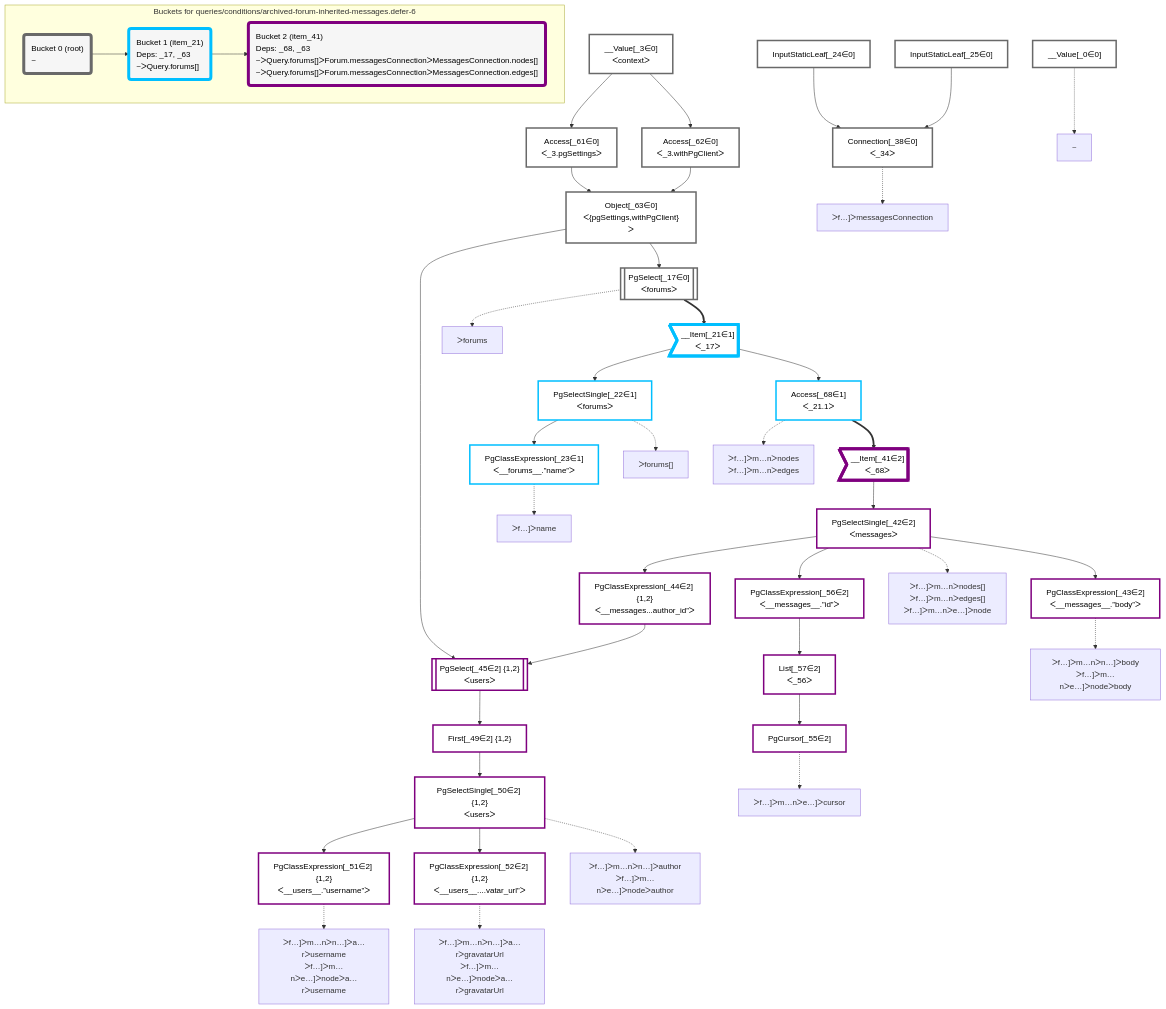
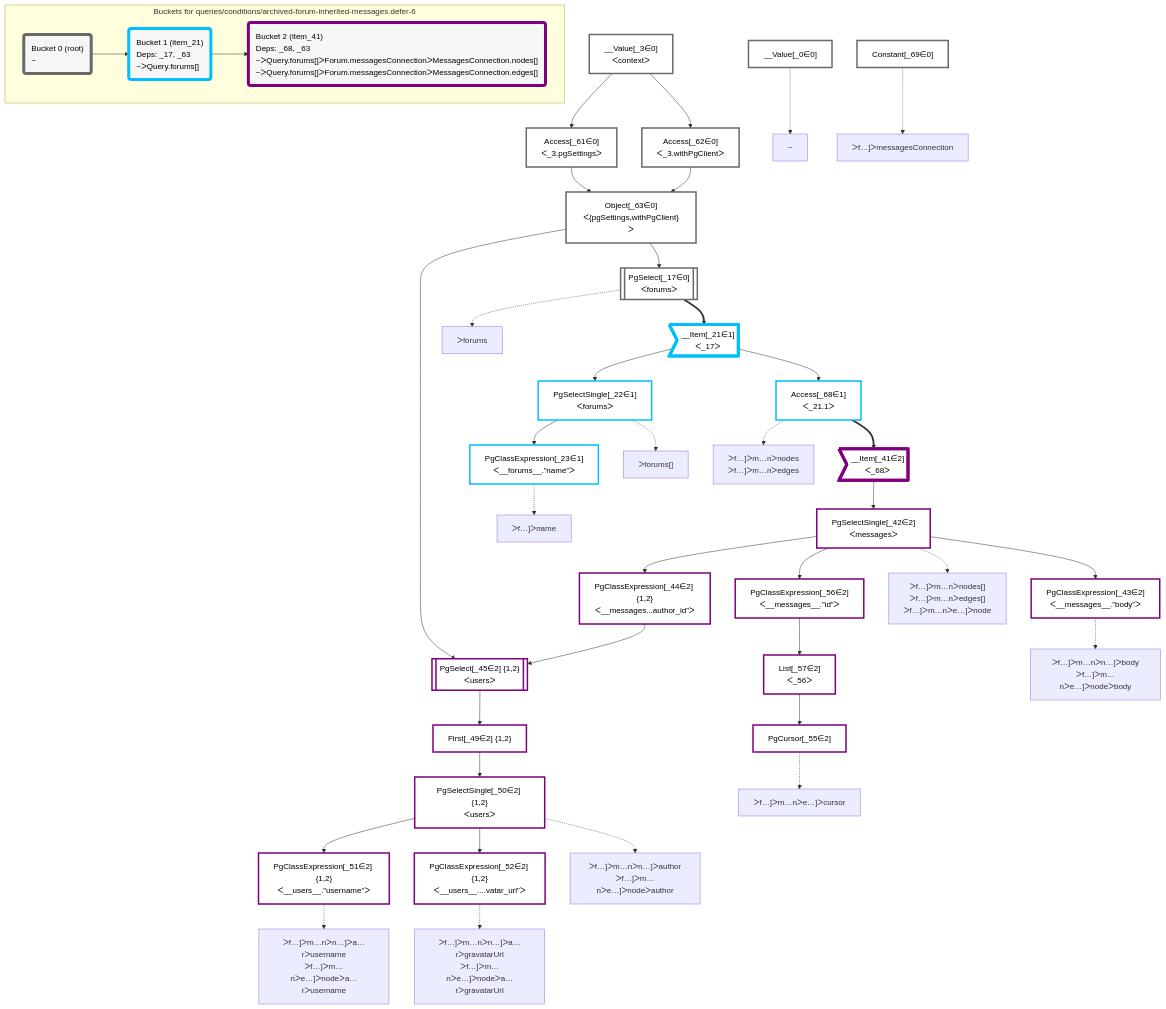
One commit to graphile/crystal changed the diagram in packages/dataplan-pg/__tests__/queries/conditions/archived-forum-inherited-messages.defer-6.mermaid.md. Above: the diagram before and after it, drawn with Mermaid. The commit also changed 57 other files, not shown here.

```diff
--- a/packages/dataplan-pg/__tests__/queries/conditions/archived-forum-inherited-messages.defer-6.mermaid.md
+++ b/packages/dataplan-pg/__tests__/queries/conditions/archived-forum-inherited-messages.defer-6.mermaid.md
@@ -30,9 +30,7 @@
     Access_61["Access[_61∈0]<br />ᐸ_3.pgSettingsᐳ"]:::plan
     Access_62["Access[_62∈0]<br />ᐸ_3.withPgClientᐳ"]:::plan
     __Value_3["__Value[_3∈0]<br />ᐸcontextᐳ"]:::plan
-    Connection_38["Connection[_38∈0]<br />ᐸ_34ᐳ"]:::plan
-    InputStaticLeaf_24["InputStaticLeaf[_24∈0]"]:::plan
-    InputStaticLeaf_25["InputStaticLeaf[_25∈0]"]:::plan
+    Constant_69["Constant[_69∈0]"]:::plan
 
     %% plan dependencies
     PgSelectSingle_22 --> PgClassExpression_23
@@ -55,7 +53,6 @@
     Access_61 & Access_62 --> Object_63
     __Value_3 --> Access_61
     __Value_3 --> Access_62
-    InputStaticLeaf_24 & InputStaticLeaf_25 --> Connection_38
 
     %% plan-to-path relationships
     P_0["~"]
@@ -66,8 +63,6 @@
     PgSelectSingle_22 -.-> P_22
     P_23["ᐳf…]ᐳname"]
     PgClassExpression_23 -.-> P_23
-    P_38["ᐳf…]ᐳmessagesConnection"]
-    Connection_38 -.-> P_38
     P_42["ᐳf…]ᐳm…nᐳnodes[]<br />ᐳf…]ᐳm…nᐳedges[]<br />ᐳf…]ᐳm…nᐳe…]ᐳnode"]
     PgSelectSingle_42 -.-> P_42
     P_43["ᐳf…]ᐳm…nᐳn…]ᐳbody<br />ᐳf…]ᐳm…nᐳe…]ᐳnodeᐳbody"]
@@ -82,11 +77,13 @@
     PgCursor_55 -.-> P_55
     P_68["ᐳf…]ᐳm…nᐳnodes<br />ᐳf…]ᐳm…nᐳedges"]
     Access_68 -.-> P_68
+    P_69["ᐳf…]ᐳmessagesConnection"]
+    Constant_69 -.-> P_69
 
     subgraph "Buckets for queries/conditions/archived-forum-inherited-messages.defer-6"
     Bucket0("Bucket 0 (root)<br />~"):::bucket
     classDef bucket0 stroke:#696969
-    class Bucket0,__Value_0,__Value_3,PgSelect_17,InputStaticLeaf_24,InputStaticLeaf_25,Connection_38,Access_61,Access_62,Object_63 bucket0
+    class Bucket0,__Value_0,__Value_3,PgSelect_17,Access_61,Access_62,Object_63,Constant_69 bucket0
     Bucket1("Bucket 1 (item_21)<br />Deps: _17, _63<br />~ᐳQuery.forums[]"):::bucket
     classDef bucket1 stroke:#00bfff
     class Bucket1,__Item_21,PgSelectSingle_22,PgClassExpression_23,Access_68 bucket1
```
